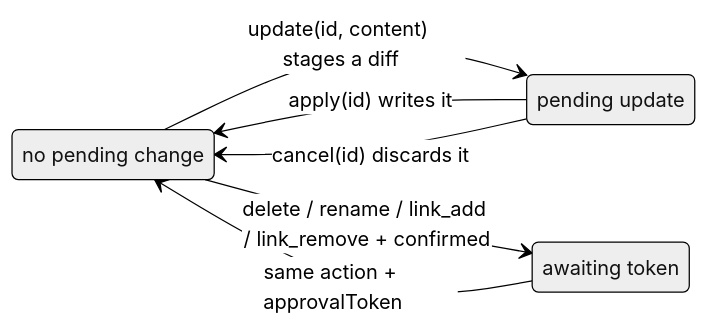
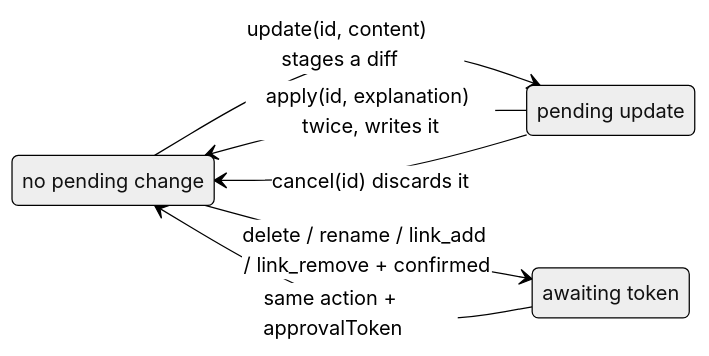
One commit to dbgso/mcp-servers changed the second of 2 diagrams in packages/interactive-instruction-mcp/README.md. Above: the diagram before and after it, drawn with Mermaid (neutral theme). The commit also changed other lines of this file and 9 other files, not shown here.

````diff
--- a/packages/interactive-instruction-mcp/README.md
+++ b/packages/interactive-instruction-mcp/README.md
@@ -270,14 +294,14 @@
 ```mermaid
 stateDiagram-v2
     direction LR
     state "no pending change" as clean
     state "pending update" as pending
     state "awaiting token" as awaiting
 
     clean --> pending: update(id, content) stages a diff
-    pending --> clean: apply(id) writes it
+    pending --> clean: apply(id, explanation) twice, writes it
     pending --> clean: cancel(id) discards it
 
     clean --> awaiting: delete / rename / link_add / link_remove + confirmed
     awaiting --> clean: same action + approvalToken
 ```
````
